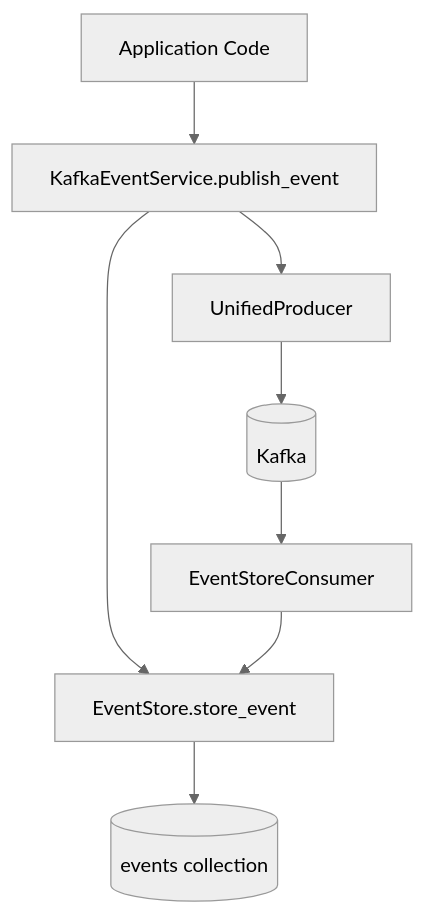
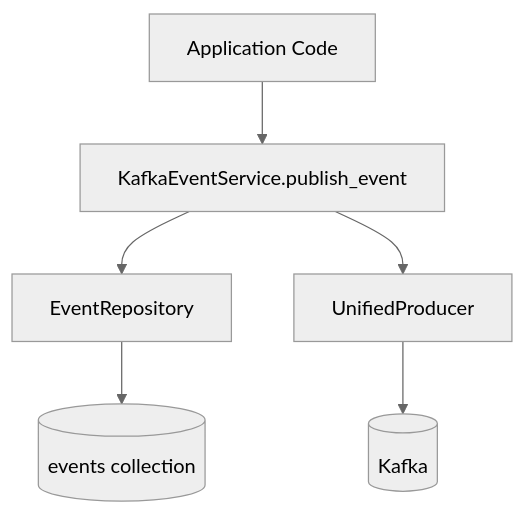
The diagram in docs/architecture/event-storage.md (HardMax71/Integr8sCode), drawn with Mermaid (neutral theme) before and after one commit. The commit also changed other lines of this file and 68 other files, not shown here.

````diff
--- a/docs/architecture/event-storage.md
+++ b/docs/architecture/event-storage.md
@@ -44,10 +34,8 @@
 ```mermaid
 graph TD
     App[Application Code] --> KES[KafkaEventService.publish_event]
-    KES --> ES[EventStore.store_event]
-    ES --> Events[(events collection)]
+    KES --> Repo[EventRepository]
+    Repo --> Events[(events collection)]
     KES --> Producer[UnifiedProducer]
     Producer --> Kafka[(Kafka)]
-    Kafka --> ESC[EventStoreConsumer]
-    ESC --> ES
 ```
````
